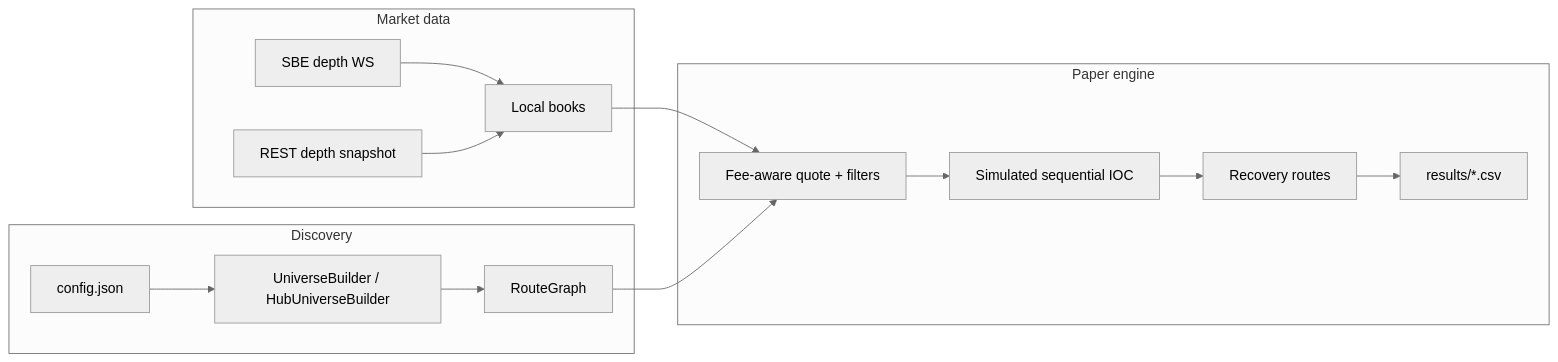
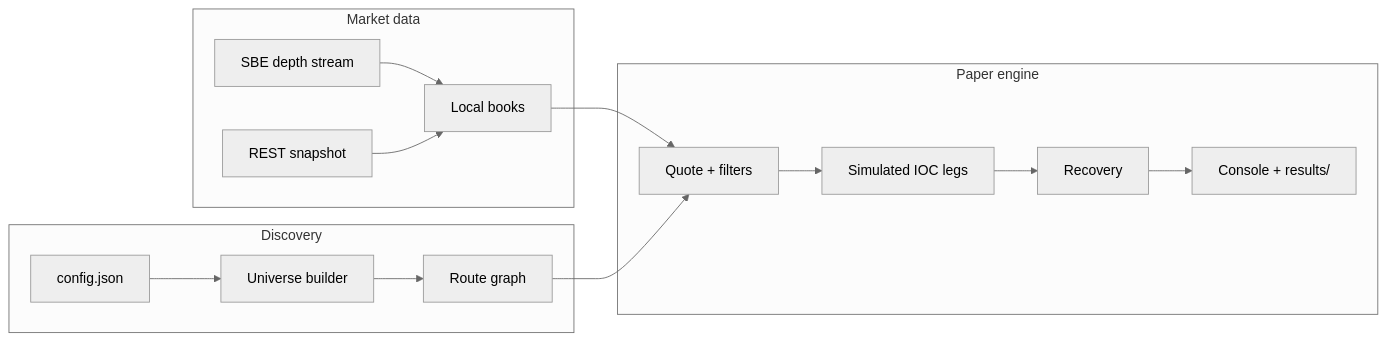
One commit to Brunop5/binance_triangular_arbitrage changed the diagram in README.md. Above: the diagram before and after it, drawn with Mermaid (neutral theme). The commit also changed other lines of this file and 2 other files, not shown here.

````diff
--- a/README.md
+++ b/README.md
@@ -39,24 +33,24 @@
 ```mermaid
 flowchart LR
   subgraph discover [Discovery]
     CFG[config.json]
-    UNI[UniverseBuilder / HubUniverseBuilder]
-    RG[RouteGraph]
+    UNI[Universe builder]
+    RG[Route graph]
     CFG --> UNI --> RG
   end
   subgraph md [Market data]
-    SBE[SBE depth WS]
-    SNAP[REST depth snapshot]
+    SBE[SBE depth stream]
+    SNAP[REST snapshot]
     BOOKS[Local books]
     SBE --> BOOKS
     SNAP --> BOOKS
   end
   subgraph paper [Paper engine]
-    EVAL[Fee-aware quote + filters]
-    IOC[Simulated sequential IOC]
-    REC[Recovery routes]
-    CSV[results/*.csv]
-    BOOKS --> EVAL --> IOC --> REC --> CSV
+    EVAL[Quote + filters]
+    IOC[Simulated IOC legs]
+    REC[Recovery]
+    OUT[Console + results/]
+    BOOKS --> EVAL --> IOC --> REC --> OUT
   end
   RG --> EVAL
 ```
````
